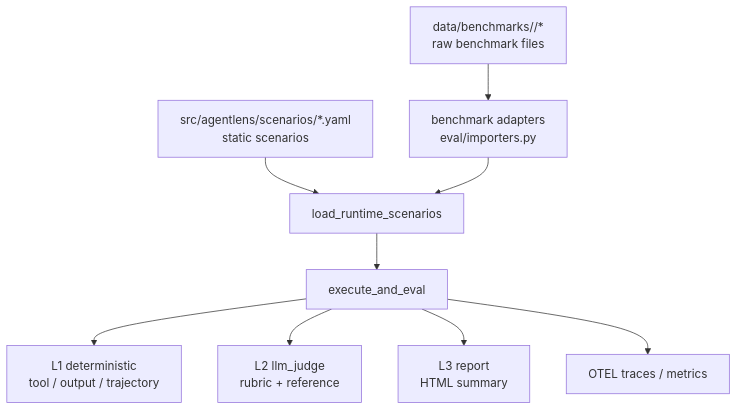
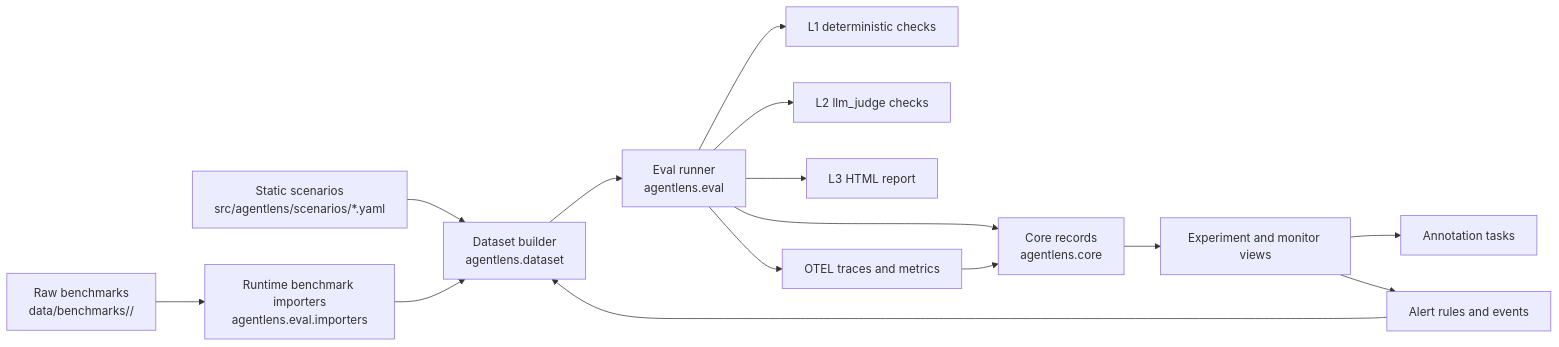
One commit to noCharger/agentlens changed the diagram in README.md. Above: the diagram before and after it, drawn with Mermaid. The commit also changed other lines of this file and 25 other files, not shown here.

Commit message:
feat(oss): ship core namespace, dataset pipeline, and local monitoring loop

````diff
--- a/README.md
+++ b/README.md
@@ -21,11 +32,17 @@
 ```mermaid
-flowchart TD
-    A["src/agentlens/scenarios/*.yaml<br/>static scenarios"] --> C["load_runtime_scenarios"]
-    B["data/benchmarks/<slug>/*<br/>raw benchmark files"] --> D["benchmark adapters<br/>eval/importers.py"]
+flowchart LR
+    A["Static scenarios<br/>src/agentlens/scenarios/*.yaml"] --> C["Dataset builder<br/>agentlens.dataset"]
+    B["Raw benchmarks<br/>data/benchmarks/<slug>/"] --> D["Runtime benchmark importers<br/>agentlens.eval.importers"]
     D --> C
-    C --> E["execute_and_eval"]
-    E --> F["L1 deterministic<br/>tool / output / trajectory"]
-    E --> G["L2 llm_judge<br/>rubric + reference"]
-    E --> H["L3 report<br/>HTML summary"]
-    E --> I["OTEL traces / metrics"]
+    C --> E["Eval runner<br/>agentlens.eval"]
+    E --> F["L1 deterministic checks"]
+    E --> G["L2 llm_judge checks"]
+    E --> H["L3 HTML report"]
+    E --> I["OTEL traces and metrics"]
+    E --> J["Core records<br/>agentlens.core"]
+    I --> J
+    J --> K["Experiment and monitor views"]
+    K --> L["Annotation tasks"]
+    K --> M["Alert rules and events"]
+    M --> C
 ```
````
